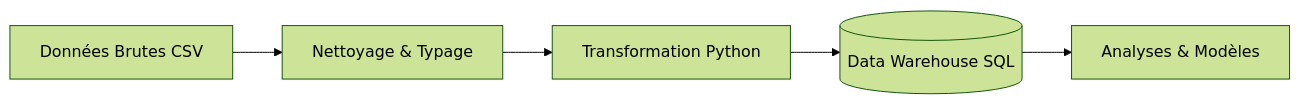
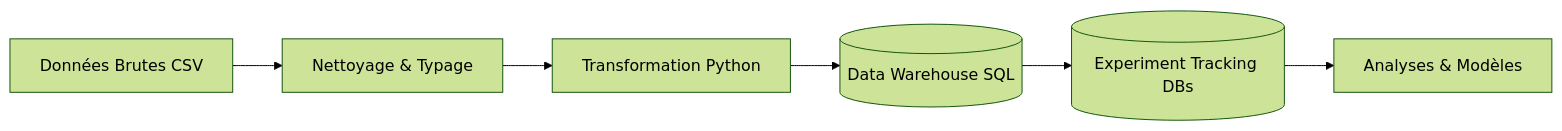
Before and after one commit to BeediGoua/retail-demand-forecasting-assistant: the first of 2 diagrams in README.md, drawn with Mermaid (forest theme). The commit also changed other lines of this file and 19 other files, not shown here.

````diff
--- a/README.md
+++ b/README.md
@@ -36,7 +36,8 @@
 ```mermaid
 flowchart LR
     Raw[Données Brutes CSV] --> Staging[Nettoyage & Typage]
     Staging --> Processing[Transformation Python]
     Processing --> Warehouse[(Data Warehouse SQL)]
-    Warehouse --> Analytics[Analyses & Modèles]
+    Warehouse --> Experiments[(Experiment Tracking DBs)]
+    Experiments --> Analytics[Analyses & Modèles]
 ```
````
